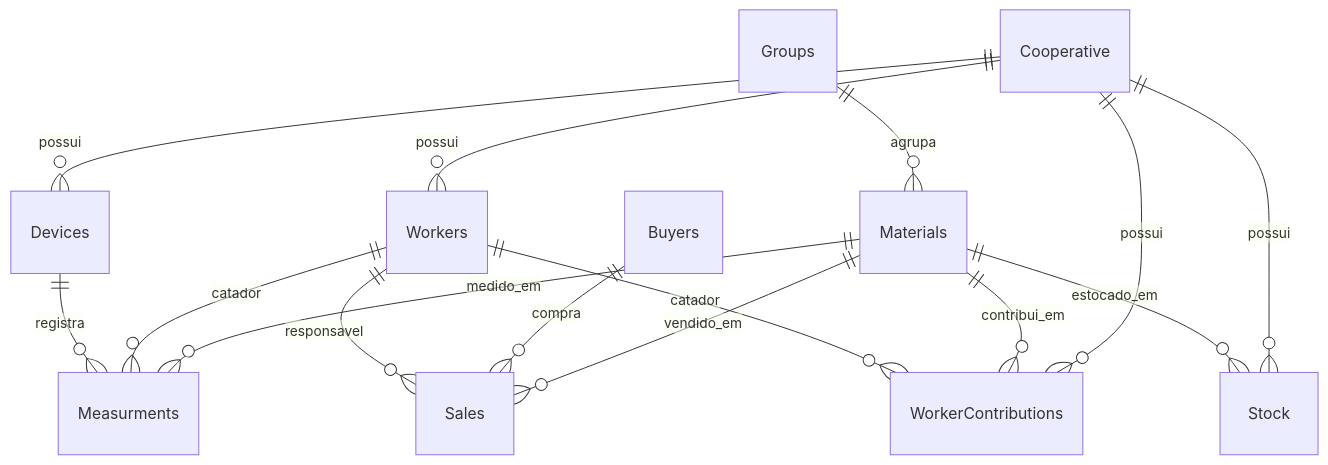
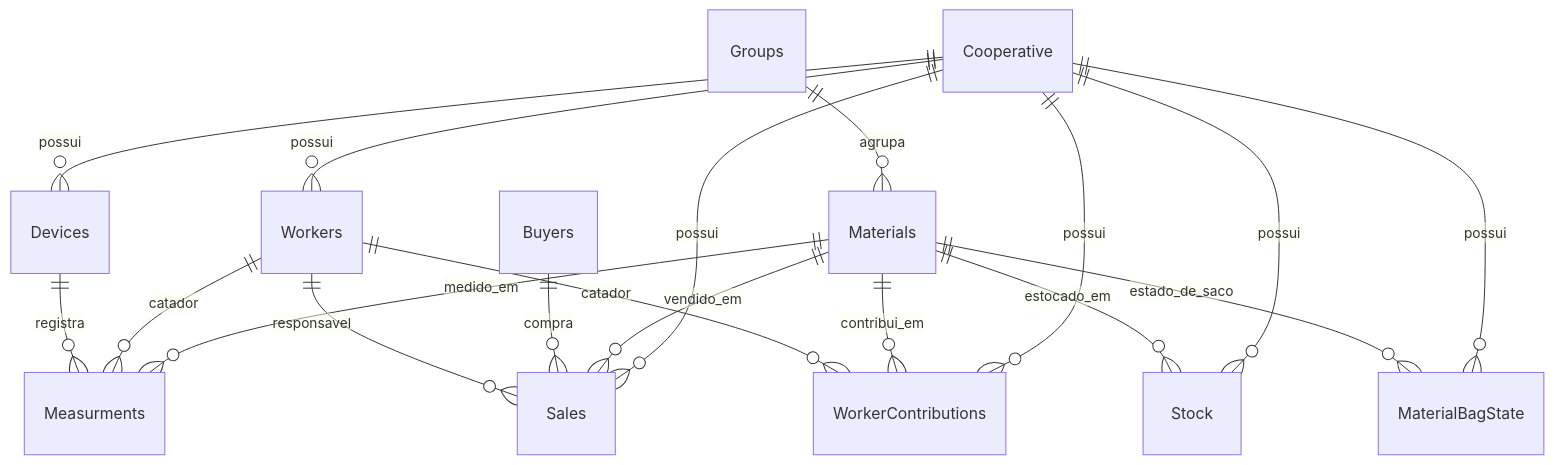
One commit to T0minh0/DMS_NextJS_MGM changed the diagram in Web_vault/Dominio/Modelo-de-dados.md. Above: the diagram before and after it, drawn with Mermaid. The commit also changed other lines of this file and 26 other files, not shown here.

````diff
--- a/Web_vault/Dominio/Modelo-de-dados.md
+++ b/Web_vault/Dominio/Modelo-de-dados.md
@@ -9,17 +9,20 @@
 ```mermaid
 erDiagram
   Cooperative ||--o{ Devices : possui
   Cooperative ||--o{ Workers : possui
+  Cooperative ||--o{ Sales : possui
   Cooperative ||--o{ Stock : possui
+  Cooperative ||--o{ MaterialBagState : possui
   Cooperative ||--o{ WorkerContributions : possui
   Groups ||--o{ Materials : agrupa
   Materials ||--o{ Sales : vendido_em
   Materials ||--o{ Measurments : medido_em
   Materials ||--o{ Stock : estocado_em
+  Materials ||--o{ MaterialBagState : estado_de_saco
   Materials ||--o{ WorkerContributions : contribui_em
   Buyers ||--o{ Sales : compra
   Workers ||--o{ Sales : responsavel
   Workers ||--o{ Measurments : catador
   Workers ||--o{ WorkerContributions : catador
   Devices ||--o{ Measurments : registra
 ```
````
